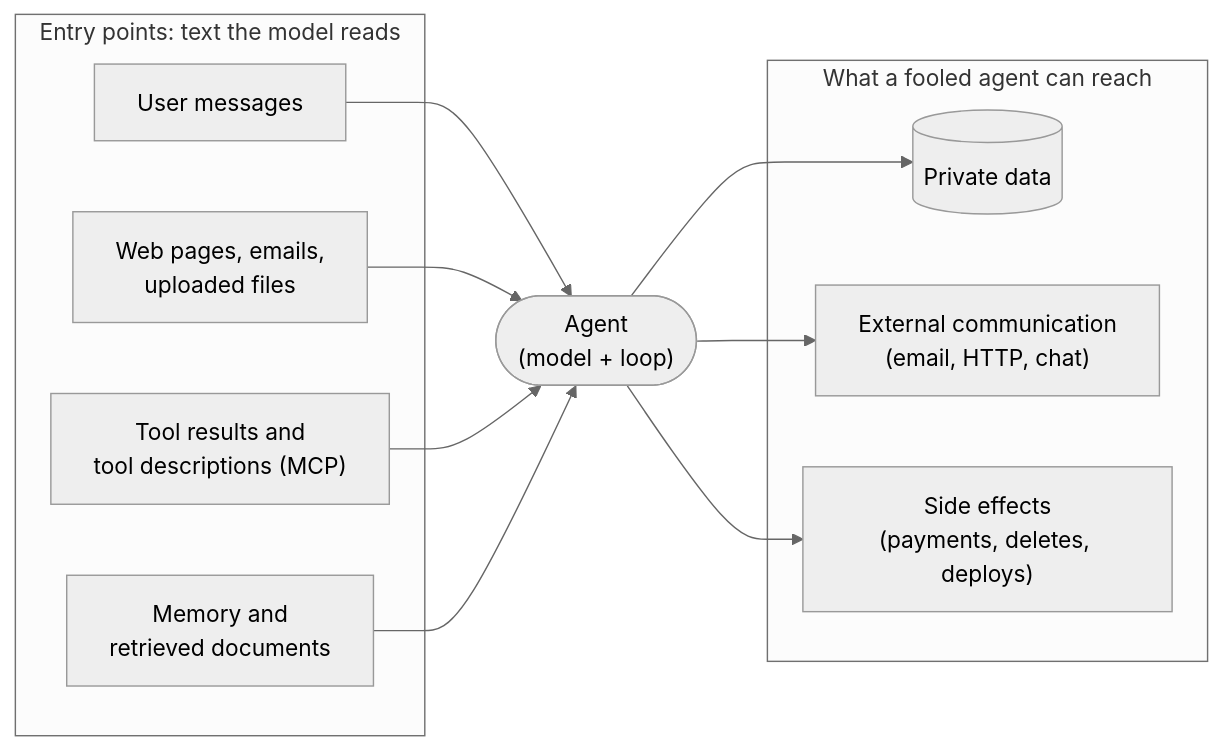
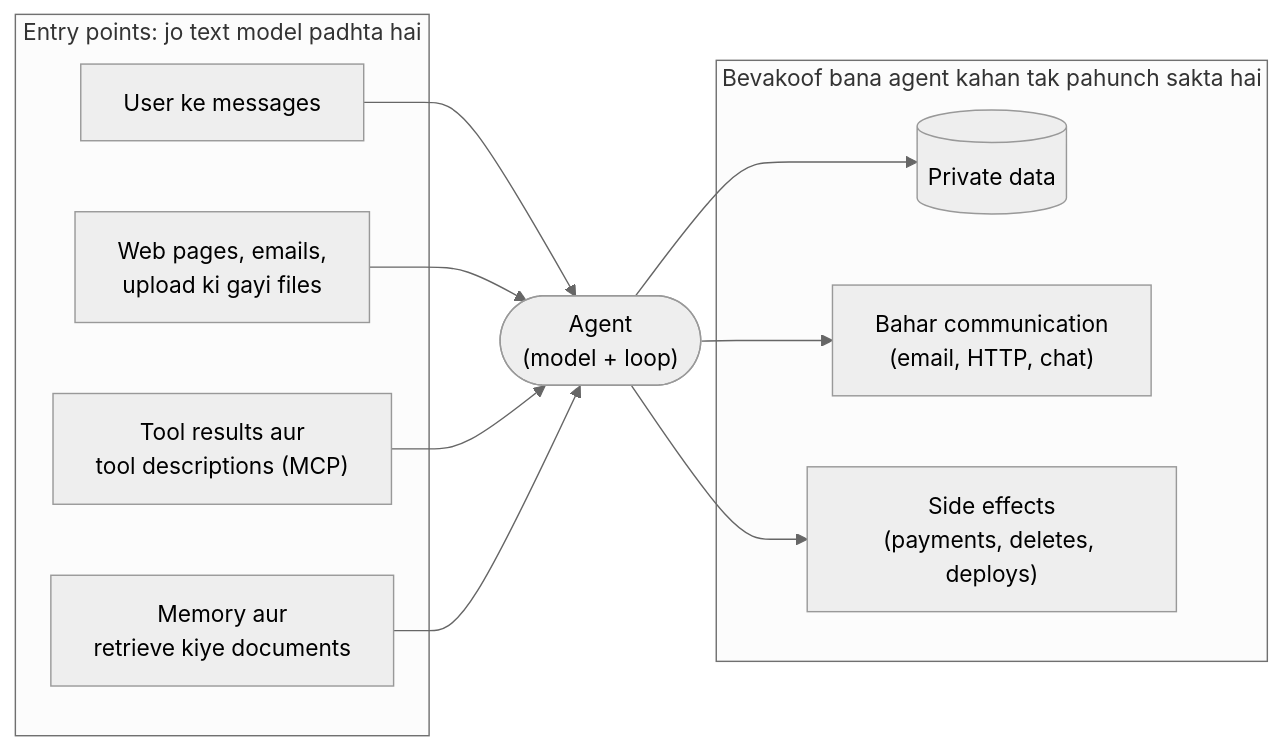
The diagram in docs/13-safety-and-guardrails/13.1-threat-model-for-agents.md (asmustechno/agentic-ai-notes), drawn with Mermaid (neutral theme) before and after one commit. The commit also changed other lines of this file and 135 other files, not shown here.

````diff
--- a/docs/13-safety-and-guardrails/13.1-threat-model-for-agents.md
+++ b/docs/13-safety-and-guardrails/13.1-threat-model-for-agents.md
@@ -53,22 +61,22 @@
 ```mermaid
 flowchart LR
-    subgraph IN["Entry points: text the model reads"]
-        U["User messages"]
-        W["Web pages, emails,<br/>uploaded files"]
-        T["Tool results and<br/>tool descriptions (MCP)"]
-        M["Memory and<br/>retrieved documents"]
+    subgraph IN["Entry points: jo text model padhta hai"]
+        U["User ke messages"]
+        W["Web pages, emails,<br/>upload ki gayi files"]
+        T["Tool results aur<br/>tool descriptions (MCP)"]
+        M["Memory aur<br/>retrieve kiye documents"]
     end
     A(["Agent<br/>(model + loop)"])
-    subgraph OUT["What a fooled agent can reach"]
+    subgraph OUT["Bevakoof bana agent kahan tak pahunch sakta hai"]
         D[("Private data")]
-        X["External communication<br/>(email, HTTP, chat)"]
+        X["Bahar communication<br/>(email, HTTP, chat)"]
         S["Side effects<br/>(payments, deletes, deploys)"]
     end
     U --> A
     W --> A
     T --> A
     M --> A
     A --> D
     A --> X
     A --> S
 ```
````
